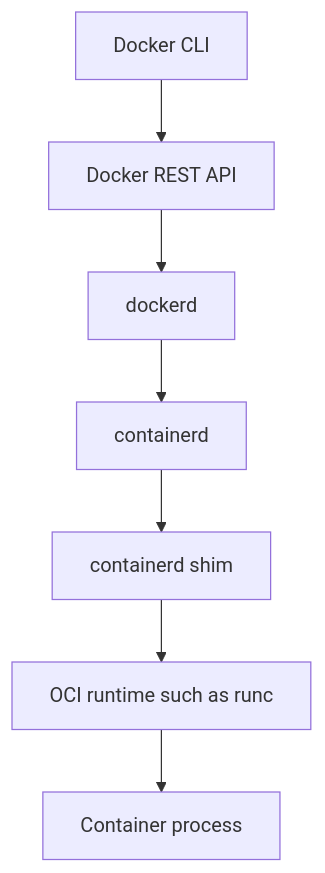
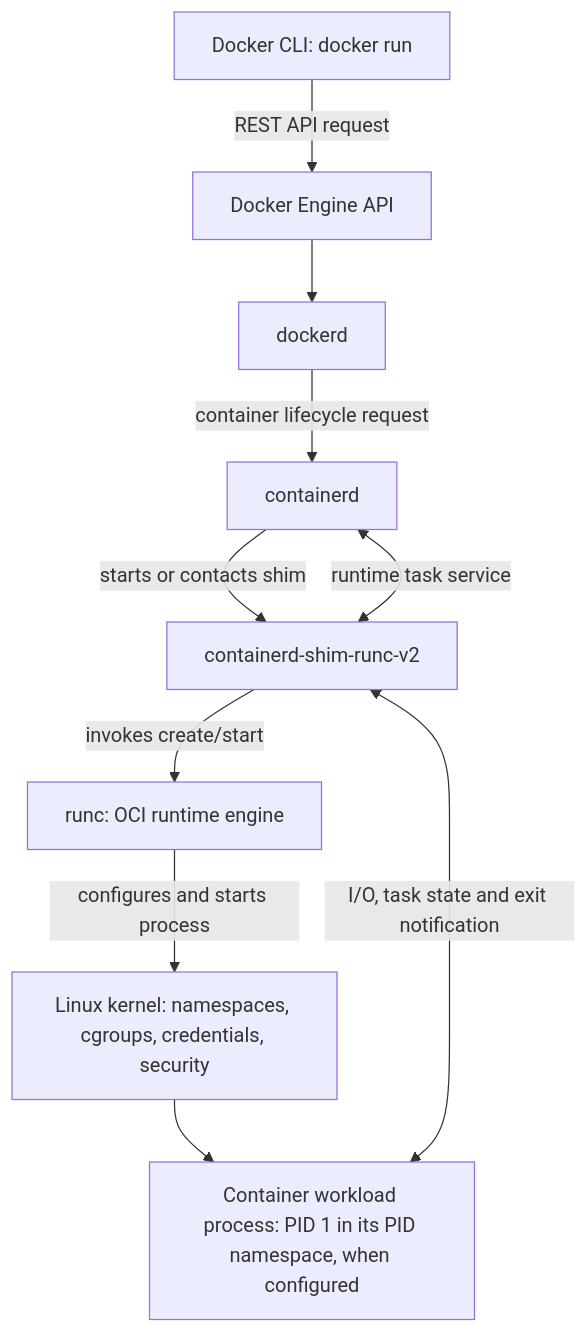
The fourth of 5 diagrams in docs/part-01-fundamentals/chapter-01-understanding-containers.md (yul1ux/linux-containers-under-the-hood), drawn with Mermaid before and after one commit. The commit also changed other lines of this file and 2 other files, not shown here.

````diff
--- a/docs/part-01-fundamentals/chapter-01-understanding-containers.md
+++ b/docs/part-01-fundamentals/chapter-01-understanding-containers.md
@@ -345,11 +313,21 @@
 ```mermaid
 flowchart TB
-    CLI[Docker CLI]
-    API[Docker REST API]
-    D[dockerd]
-    C[containerd]
-    S[containerd shim]
-    R[OCI runtime such as runc]
-    P[Container process]
-    CLI --> API --> D --> C --> S --> R --> P
+    CLI[Docker CLI: docker run]
+    API[Docker Engine API]
+    D[ dockerd ]
+    C[ containerd ]
+    S[ containerd-shim-runc-v2 ]
+    R[ runc: OCI runtime engine ]
+    K[Linux kernel: namespaces, cgroups, credentials, security]
+    W[Container workload process: PID 1 in its PID namespace, when configured]
+
+    CLI -->|REST API request| API
+    API --> D
+    D -->|container lifecycle request| C
+    C -->|starts or contacts shim| S
+    S -->|invokes create/start| R
+    R -->|configures and starts process| K
+    K --> W
+    S <-->|I/O, task state and exit notification| W
+    S <-->|runtime task service| C
 ```
````
